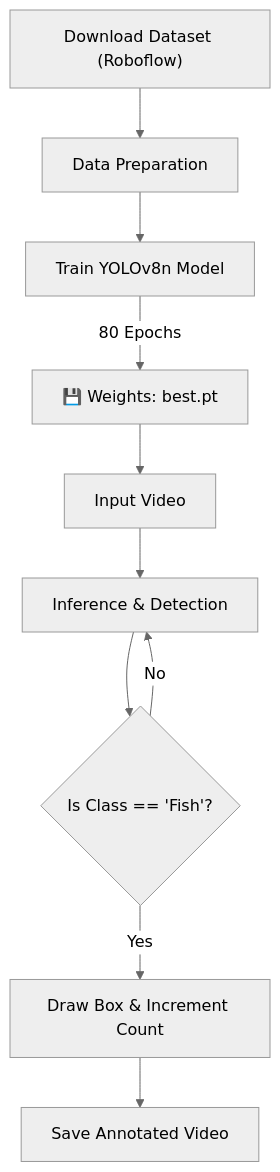
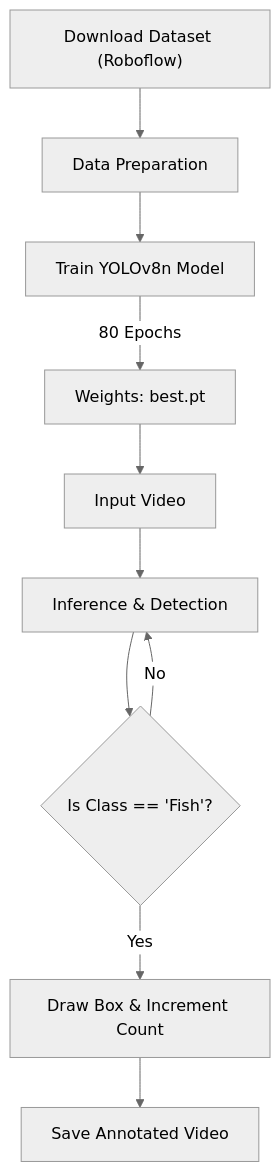
One commit to thongfuu/fish-counting changed the diagram in README.md. Above: the diagram before and after it, drawn with Mermaid (neutral theme).

````diff
--- a/README.md
+++ b/README.md
@@ -14,12 +14,12 @@
 ```mermaid
 graph TD
     A["Download Dataset (Roboflow)"] --> B["Data Preparation"]
     B --> C["Train YOLOv8n Model"]
-    C -->|80 Epochs| D["💾 Weights: best.pt"]
+    C -->|80 Epochs| D["Weights: best.pt"]
     D --> E["Input Video"]
     E --> F["Inference & Detection"]
     F --> G{"Is Class == 'Fish'?"}
     G -->|Yes| H["Draw Box & Increment Count"]
     G -->|No| F
     H --> I["Save Annotated Video"]
 ```
````
